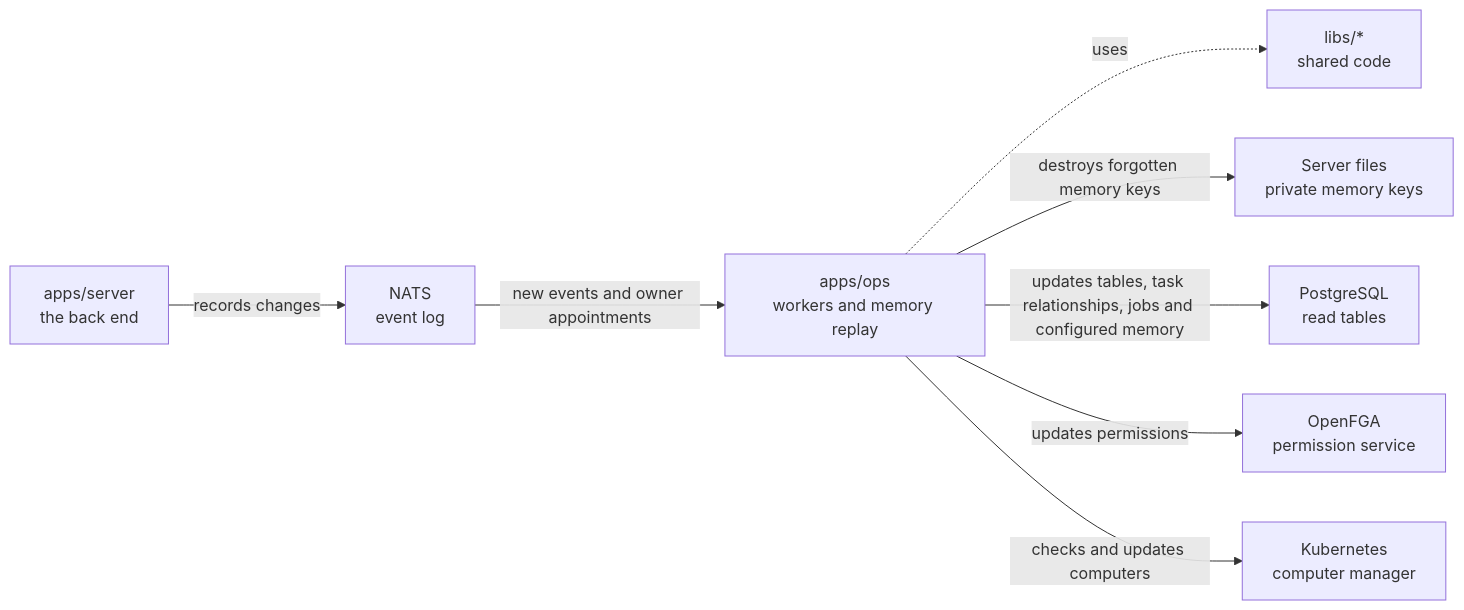
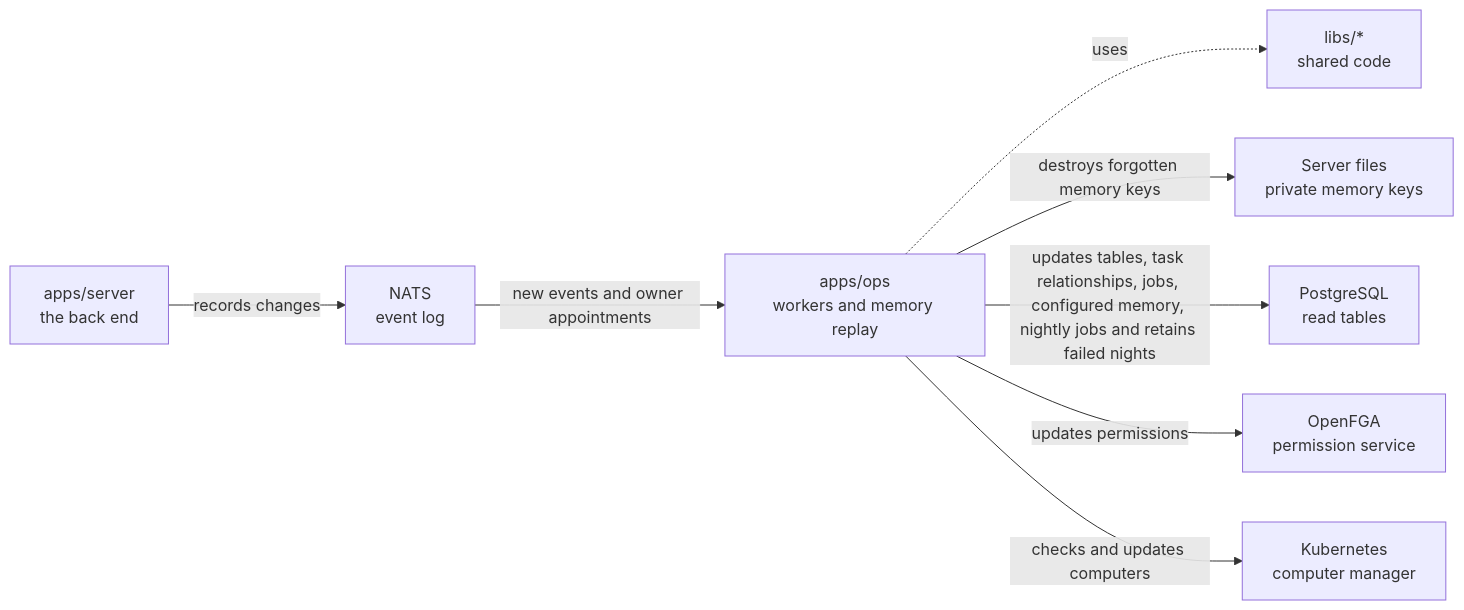
One commit to elewa-git/opencrane-new changed the diagram in apps/ops/README.md. Above: the diagram before and after it, drawn with Mermaid. The commit also changed other lines of this file and 29 other files, not shown here.

First line of the commit message:
🌙 Nightly memory tidying records when each night is due and shows missed nights, and still runs nothing (#360)

````diff
--- a/apps/ops/README.md
+++ b/apps/ops/README.md
@@ -11,10 +11,10 @@
 ```mermaid
 flowchart LR
   server["apps/server<br/>the back end"] -->|records changes| nats["NATS<br/>event log"]
   nats -->|new events and owner appointments| ops["apps/ops<br/>workers and memory replay"]
   ops -.->|uses| libs["libs/*<br/>shared code"]
   ops -->|destroys forgotten memory keys| keys["Server files<br/>private memory keys"]
-  ops -->|updates tables, task relationships, jobs and configured memory| postgres["PostgreSQL<br/>read tables"]
+  ops -->|updates tables, task relationships, jobs, configured memory, nightly jobs and retains failed nights| postgres["PostgreSQL<br/>read tables"]
   ops -->|updates permissions| fga["OpenFGA<br/>permission service"]
   ops -->|checks and updates computers| kube["Kubernetes<br/>computer manager"]
 ```
````
